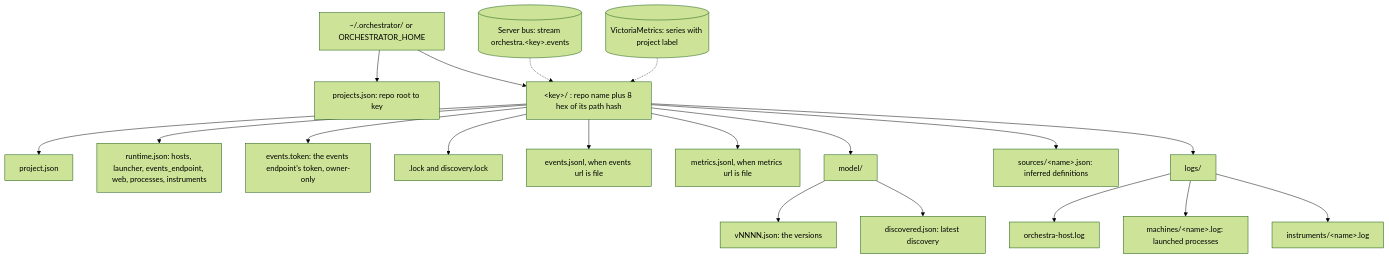
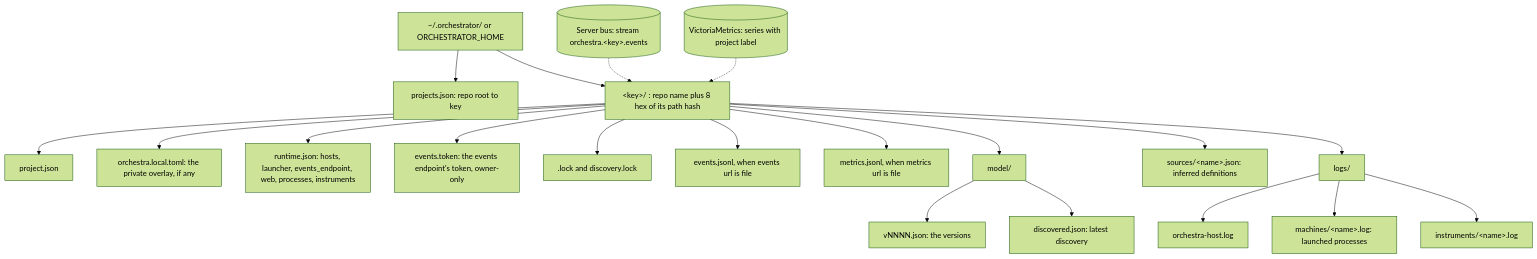
One commit to danroblewis/orchestra changed the seventh of 7 diagrams in ARCHITECTURE.md. Above: the diagram before and after it, drawn with Mermaid (forest theme). The commit also changed other lines of this file and 4 other files, not shown here.

First line of the commit message:
Docs: the private configuration overlay

````diff
--- a/ARCHITECTURE.md
+++ b/ARCHITECTURE.md
@@ -570,21 +571,22 @@
 ```mermaid
 flowchart TD
   HOME["~/.orchestrator/ or ORCHESTRATOR_HOME"] --> PJ["projects.json: repo root to key"]
   HOME --> KEY["#lt;key#gt;/ : repo name plus 8 hex of its path hash"]
   KEY --> P1["project.json"]
+  KEY --> P10["orchestra.local.toml: the private overlay, if any"]
   KEY --> P2["runtime.json: hosts, launcher, events_endpoint, web, processes, instruments"]
   KEY --> P9["events.token: the events endpoint's token, owner-only"]
   KEY --> P3[".lock and discovery.lock"]
   KEY --> P4["events.jsonl, when events url is file"]
   KEY --> P5["metrics.jsonl, when metrics url is file"]
   KEY --> P6["model/"]
   P6 --> P61["vNNNN.json: the versions"]
   P6 --> P62["discovered.json: latest discovery"]
   KEY --> P7["sources/#lt;name#gt;.json: inferred definitions"]
   KEY --> P8["logs/"]
   P8 --> P81["orchestra-host.log"]
   P8 --> P82["machines/#lt;name#gt;.log: launched processes"]
   P8 --> P83["instruments/#lt;name#gt;.log"]
   EXT1[("Server bus: stream orchestra.#lt;key#gt;.events")] -.-> KEY
   EXT2[("VictoriaMetrics: series with project label")] -.-> KEY
 ```
````
